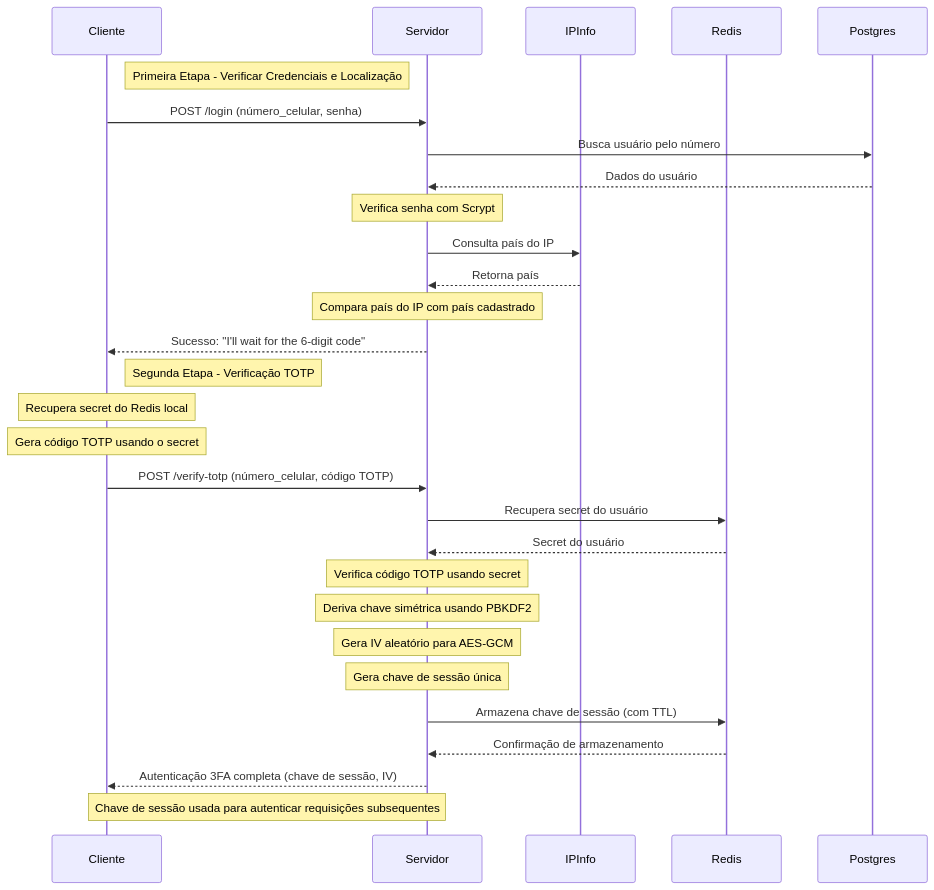
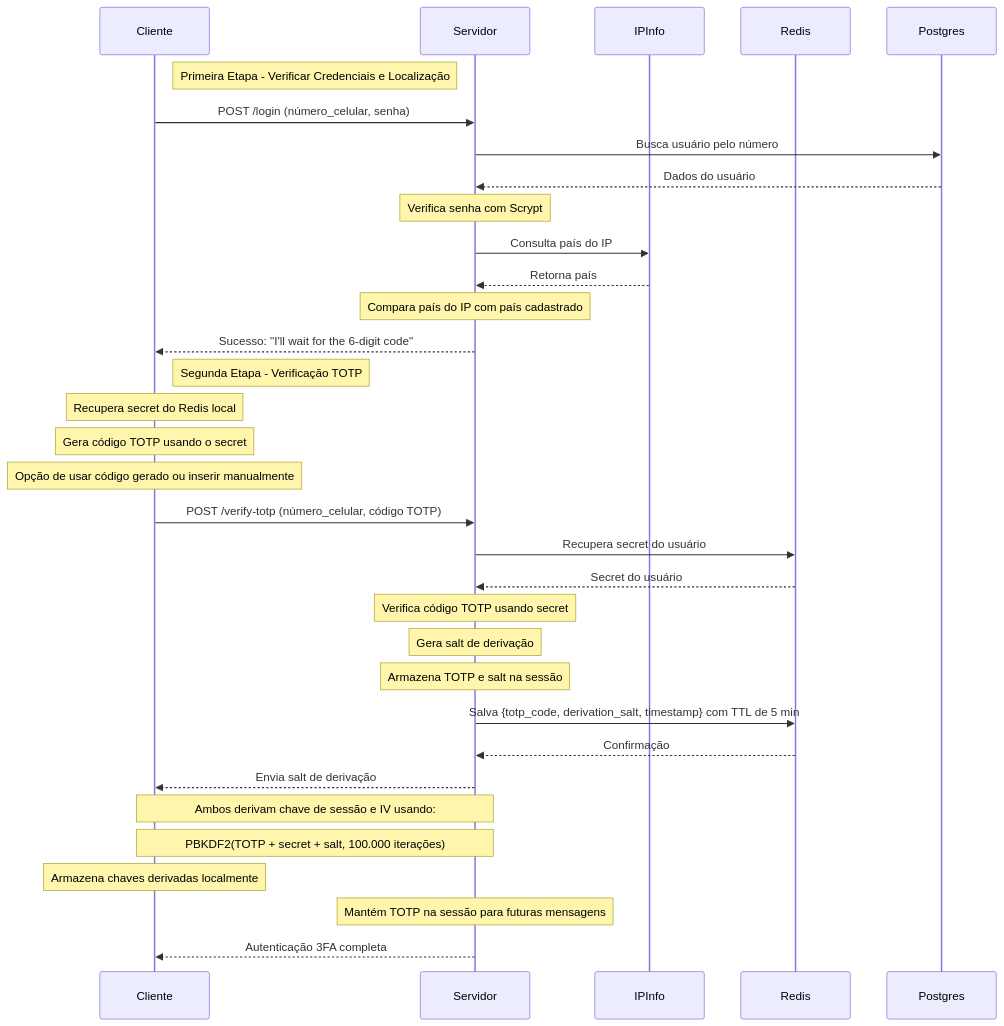
Before and after one commit to lgahdl/3fa-server-and-client: the second of 3 diagrams in README.md, drawn with Mermaid. The commit also changed other lines of this file and 3 other files, not shown here.

````diff
--- a/README.md
+++ b/README.md
@@ -194,45 +194,51 @@
 ```mermaid
 sequenceDiagram
     participant Cliente
     participant Servidor
     participant IPInfo
     participant Redis
     participant Postgres
 
     Note right of Cliente: Primeira Etapa - Verificar Credenciais e Localização
 
     Cliente->>Servidor: POST /login (número_celular, senha)
     Servidor->>Postgres: Busca usuário pelo número
     Postgres-->>Servidor: Dados do usuário
 
     Note over Servidor: Verifica senha com Scrypt
     
     Servidor->>IPInfo: Consulta país do IP
     IPInfo-->>Servidor: Retorna país
     
     Note over Servidor: Compara país do IP com país cadastrado
     
     Servidor-->>Cliente: Sucesso: "I'll wait for the 6-digit code"
 
     Note right of Cliente: Segunda Etapa - Verificação TOTP
     
     Note over Cliente: Recupera secret do Redis local
     Note over Cliente: Gera código TOTP usando o secret
+    Note over Cliente: Opção de usar código gerado ou inserir manualmente
     
     Cliente->>Servidor: POST /verify-totp (número_celular, código TOTP)
     Servidor->>Redis: Recupera secret do usuário
     Redis-->>Servidor: Secret do usuário
     
     Note over Servidor: Verifica código TOTP usando secret
-    Note over Servidor: Deriva chave simétrica usando PBKDF2
-    Note over Servidor: Gera IV aleatório para AES-GCM
     
-    Note over Servidor: Gera chave de sessão única
+    Note over Servidor: Gera salt de derivação
+    Note over Servidor: Armazena TOTP e salt na sessão
     
-    Servidor->>Redis: Armazena chave de sessão (com TTL)
-    Redis-->>Servidor: Confirmação de armazenamento
+    Servidor->>Redis: Salva {totp_code, derivation_salt, timestamp} com TTL de 5 min
+    Redis-->>Servidor: Confirmação
     
-    Servidor-->>Cliente: Autenticação 3FA completa (chave de sessão, IV)
+    Servidor-->>Cliente: Envia salt de derivação
     
-    Note over Cliente,Servidor: Chave de sessão usada para autenticar requisições subsequentes
+    Note over Cliente,Servidor: Ambos derivam chave de sessão e IV usando:
+    Note over Cliente,Servidor: PBKDF2(TOTP + secret + salt, 100.000 iterações)
+    
+    Note over Cliente: Armazena chaves derivadas localmente
+    Note over Servidor: Mantém TOTP na sessão para futuras mensagens
+    
+    Servidor-->>Cliente: Autenticação 3FA completa
 ```
````
